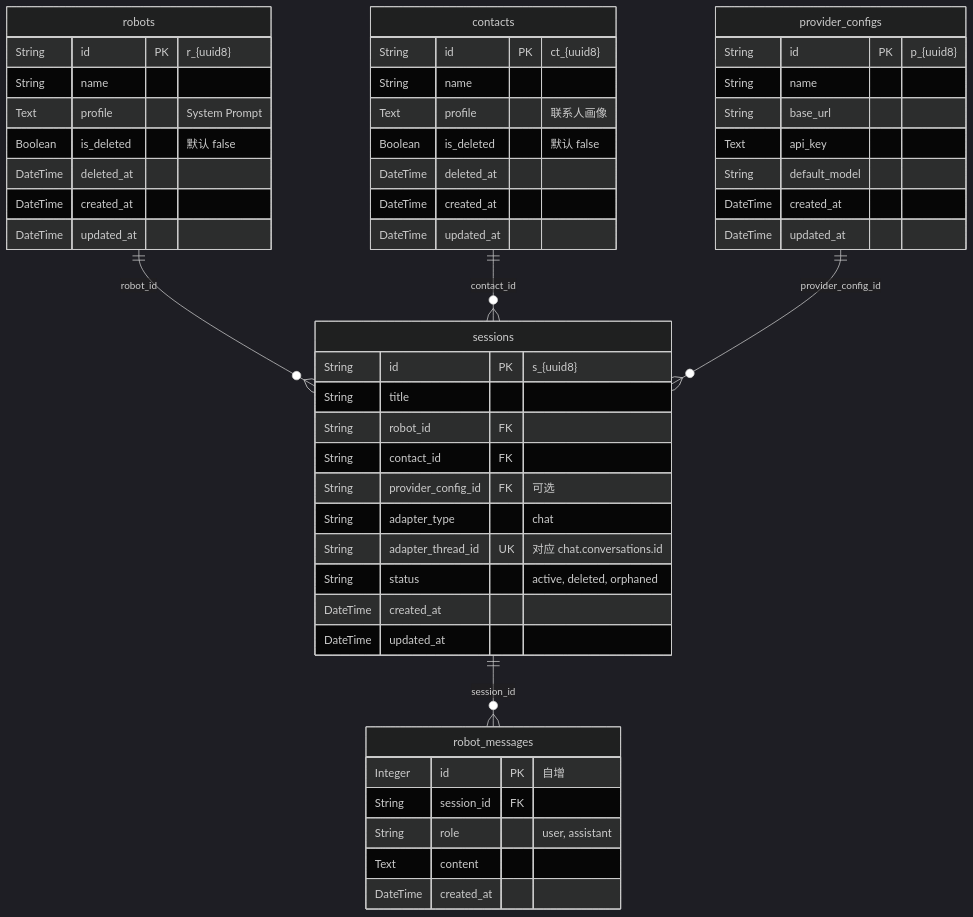
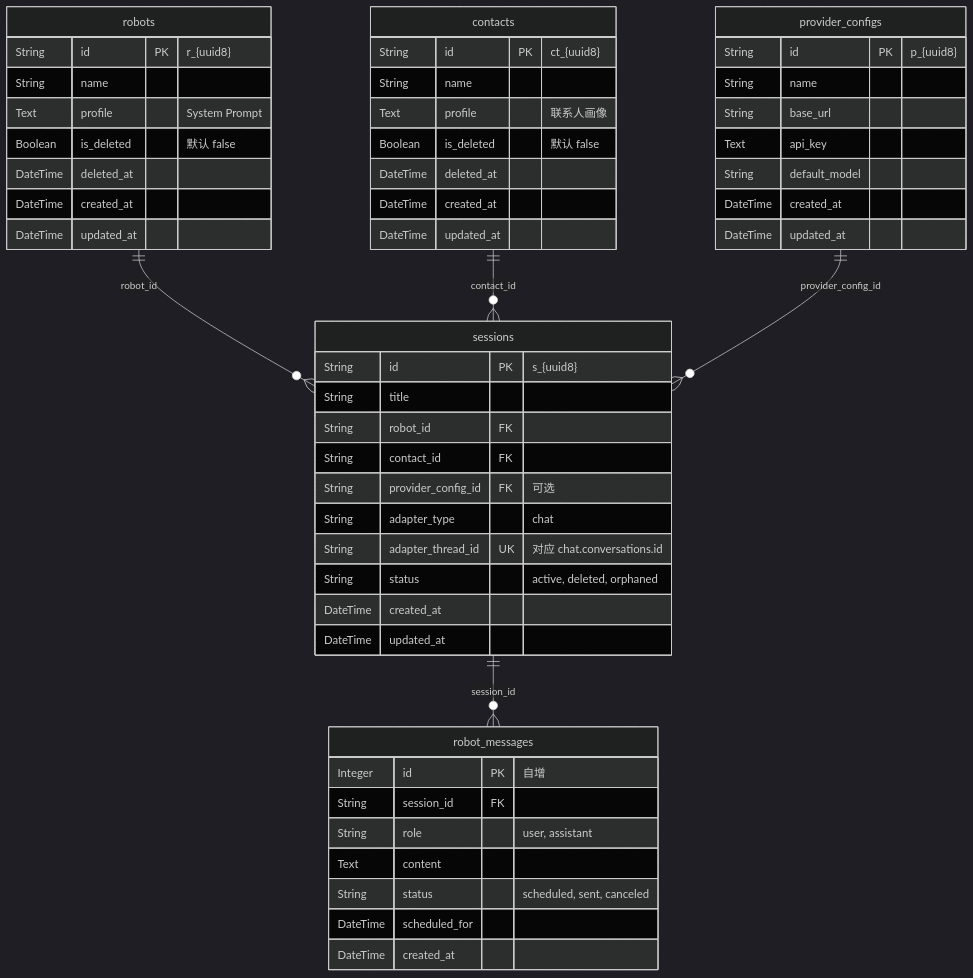
The fourth of 4 diagrams in README.md (luotw100/wangzonghao), drawn with Mermaid (dark theme) before and after one commit. The commit also changed other lines of this file and 1 other file, not shown here.

````diff
--- a/README.md
+++ b/README.md
@@ -143,58 +145,60 @@
 ```mermaid
 erDiagram
     robots {
         String id PK "r_{uuid8}"
         String name
         Text profile "System Prompt"
         Boolean is_deleted "默认 false"
         DateTime deleted_at
         DateTime created_at
         DateTime updated_at
     }
 
     contacts {
         String id PK "ct_{uuid8}"
         String name
         Text profile "联系人画像"
         Boolean is_deleted "默认 false"
         DateTime deleted_at
         DateTime created_at
         DateTime updated_at
     }
 
     provider_configs {
         String id PK "p_{uuid8}"
         String name
         String base_url
         Text api_key
         String default_model
         DateTime created_at
         DateTime updated_at
     }
 
     sessions {
         String id PK "s_{uuid8}"
         String title
         String robot_id FK
         String contact_id FK
         String provider_config_id FK "可选"
         String adapter_type "chat"
         String adapter_thread_id UK "对应 chat.conversations.id"
         String status "active, deleted, orphaned"
         DateTime created_at
         DateTime updated_at
     }
 
     robot_messages {
         Integer id PK "自增"
         String session_id FK
         String role "user, assistant"
         Text content
+        String status "scheduled, sent, canceled"
+        DateTime scheduled_for
         DateTime created_at
     }
 
     robots ||--o{ sessions : "robot_id"
     contacts ||--o{ sessions : "contact_id"
     provider_configs ||--o{ sessions : "provider_config_id"
     sessions ||--o{ robot_messages : "session_id"
 ```
````
